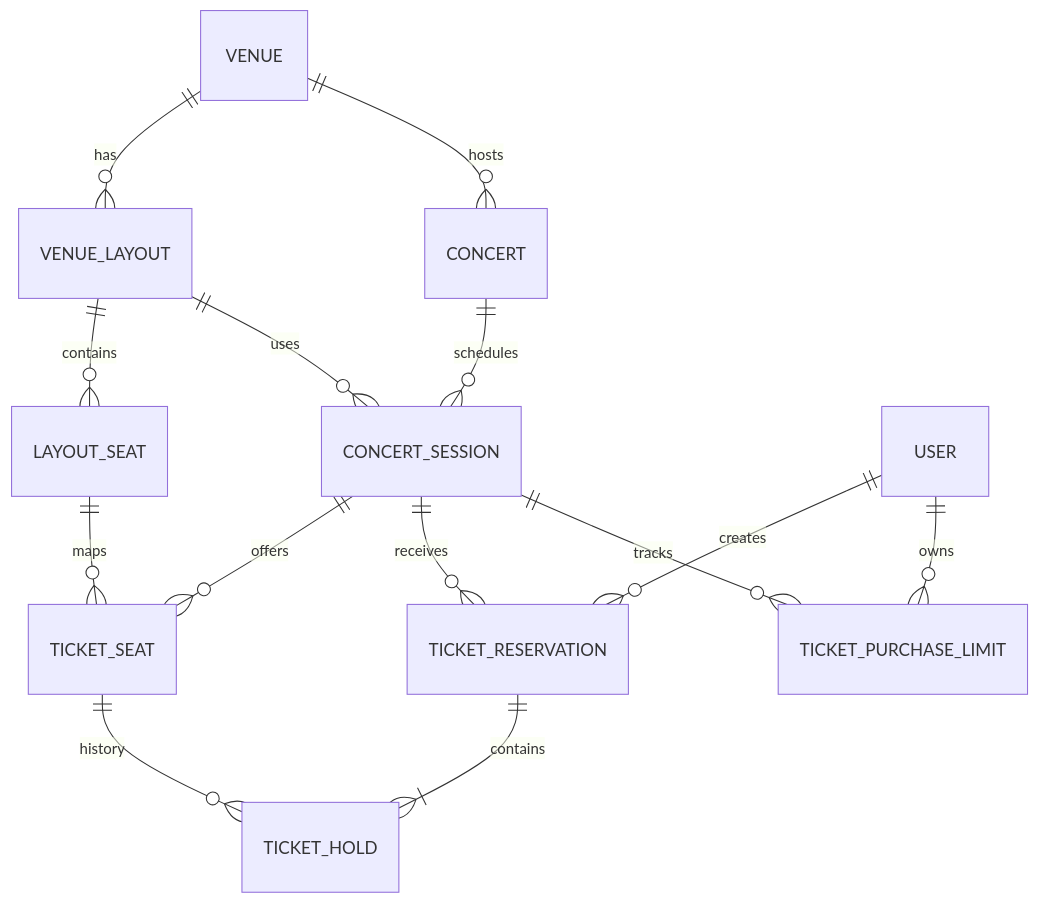
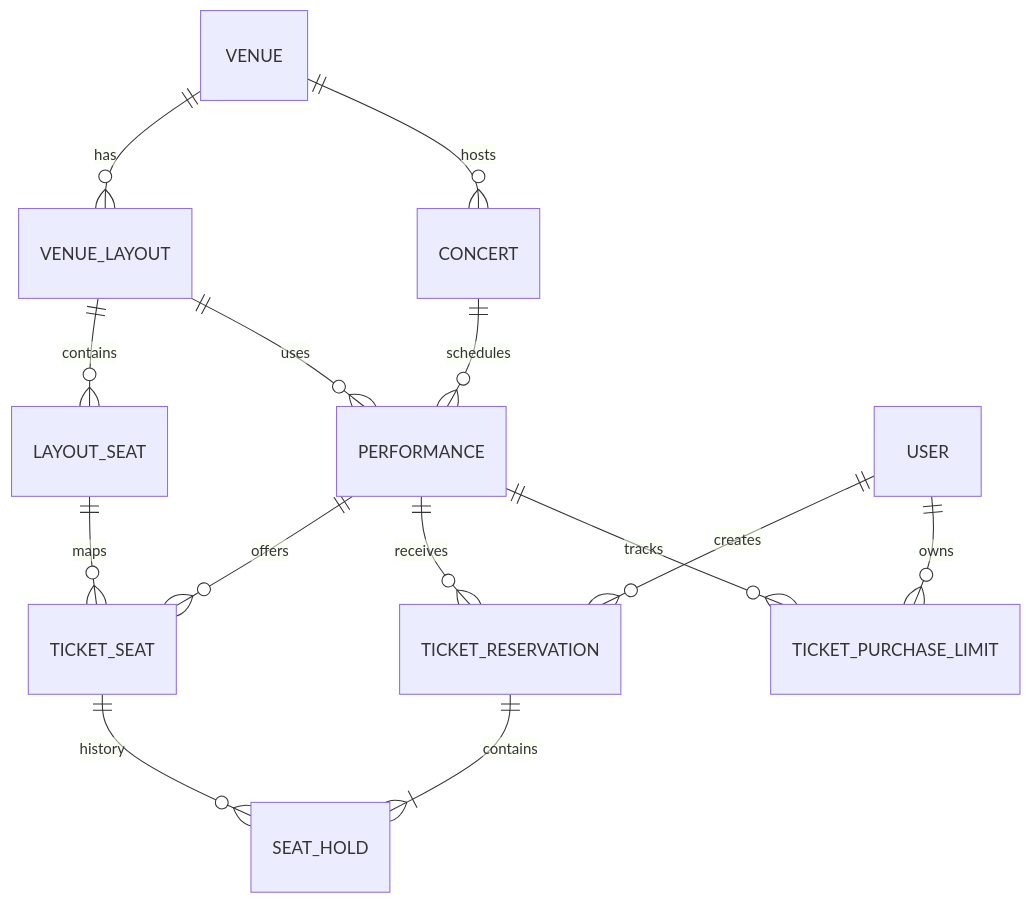
Before and after one commit to prgrms-be-devcourse/NBE12-14-final-RESTLESS: the seventh of 8 diagrams in docs/domains/ticketing/design.md, drawn with Mermaid. The commit also changed other lines of this file and 9 other files, not shown here.

````diff
--- a/docs/domains/ticketing/design.md
+++ b/docs/domains/ticketing/design.md
@@ -227,17 +227,17 @@
 ```mermaid
 erDiagram
     VENUE ||--o{ VENUE_LAYOUT : has
     VENUE_LAYOUT ||--o{ LAYOUT_SEAT : contains
     VENUE ||--o{ CONCERT : hosts
-    CONCERT ||--o{ CONCERT_SESSION : schedules
-    VENUE_LAYOUT ||--o{ CONCERT_SESSION : uses
-    CONCERT_SESSION ||--o{ TICKET_SEAT : offers
+    CONCERT ||--o{ PERFORMANCE : schedules
+    VENUE_LAYOUT ||--o{ PERFORMANCE : uses
+    PERFORMANCE ||--o{ TICKET_SEAT : offers
     LAYOUT_SEAT ||--o{ TICKET_SEAT : maps
     USER ||--o{ TICKET_RESERVATION : creates
-    CONCERT_SESSION ||--o{ TICKET_RESERVATION : receives
-    TICKET_RESERVATION ||--|{ TICKET_HOLD : contains
-    TICKET_SEAT ||--o{ TICKET_HOLD : history
+    PERFORMANCE ||--o{ TICKET_RESERVATION : receives
+    TICKET_RESERVATION ||--|{ SEAT_HOLD : contains
+    TICKET_SEAT ||--o{ SEAT_HOLD : history
     USER ||--o{ TICKET_PURCHASE_LIMIT : owns
-    CONCERT_SESSION ||--o{ TICKET_PURCHASE_LIMIT : tracks
+    PERFORMANCE ||--o{ TICKET_PURCHASE_LIMIT : tracks
 
 ```
````
